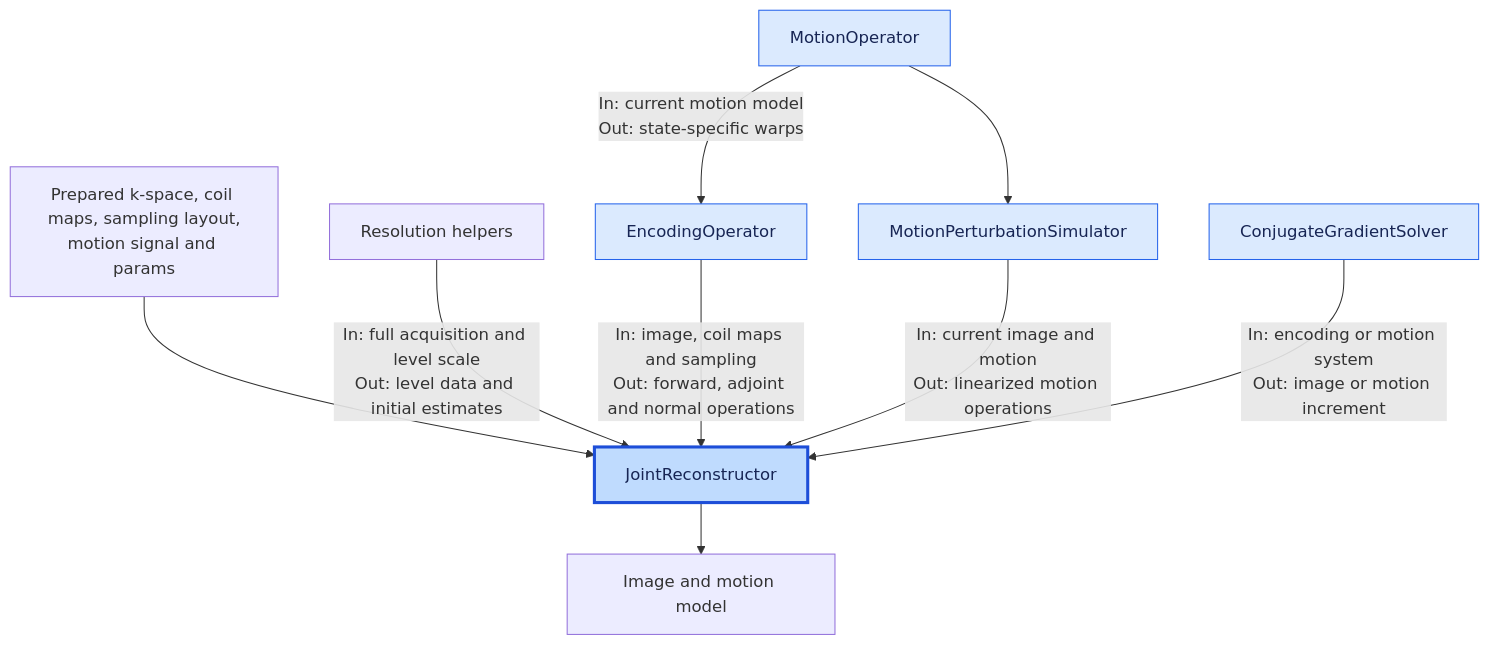
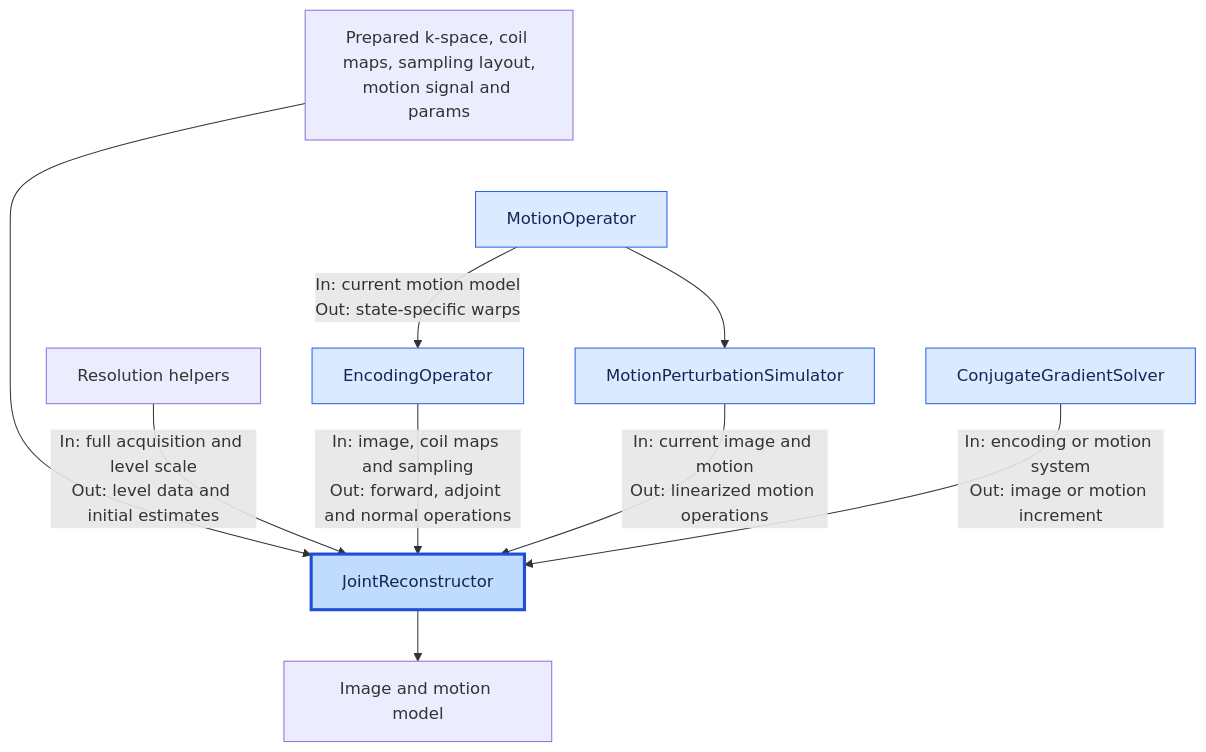
One commit to IADI-Nancy/GRICS-torch changed the diagram in docs/architecture/reconstruction.md. Above: the diagram before and after it, drawn with Mermaid.

Commit message:
Reformatted docs

````diff
--- a/docs/architecture/reconstruction.md
+++ b/docs/architecture/reconstruction.md
@@ -10,16 +10,21 @@
 ```mermaid
 flowchart TD
     Prepared[Prepared k-space, coil maps, sampling layout,<br/>motion signal and params] --> Solver[JointReconstructor]
     Resampling[Resolution helpers] -->|"In: full acquisition and level scale<br/>Out: level data and initial estimates"| Solver
     Motion[MotionOperator] -->|"In: current motion model<br/>Out: state-specific warps"| Encoding[EncodingOperator]
     Motion --> Jacobian[MotionPerturbationSimulator]
     Encoding -->|"In: image, coil maps and sampling<br/>Out: forward, adjoint and normal operations"| Solver
     Jacobian -->|"In: current image and motion<br/>Out: linearized motion operations"| Solver
     CG[ConjugateGradientSolver] -->|"In: encoding or motion system<br/>Out: image or motion increment"| Solver
     Solver --> Result[Image and motion model]
 
+    %% Invisible links keep prepared inputs above all supporting components.
+    Prepared ~~~ Resampling
+    Prepared ~~~ Motion
+    Prepared ~~~ CG
+
     classDef coordinator fill:#bfdbfe,stroke:#1d4ed8,stroke-width:3px,color:#172554
     classDef pythonClass fill:#dbeafe,stroke:#2563eb,color:#172554
     class Solver coordinator
     class Motion,Encoding,Jacobian,CG pythonClass
 ```
````
